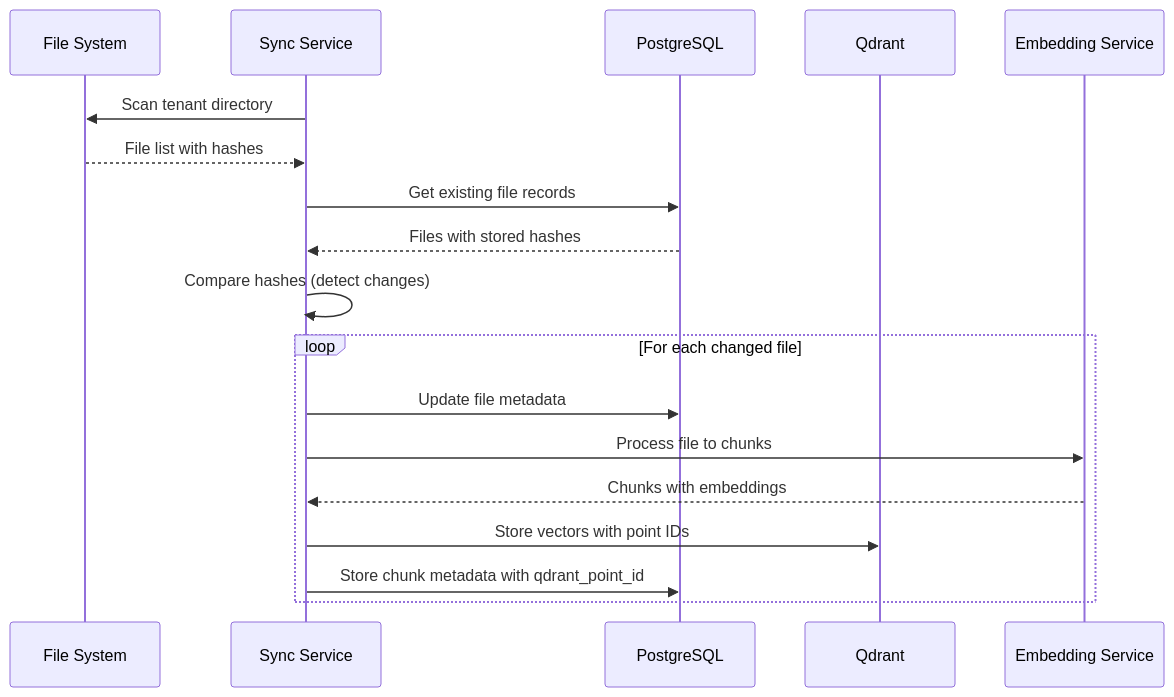
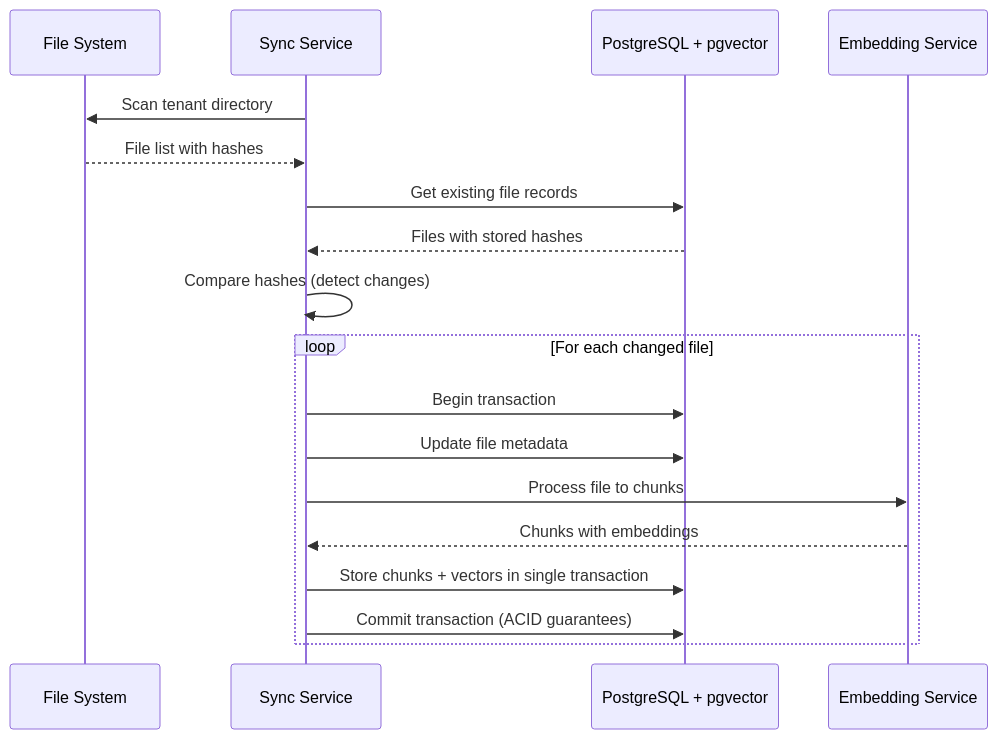
Before and after one commit to AITrekker/RAG: the third of 5 diagrams in docs/Architecture.md, drawn with Mermaid. The commit also changed other lines of this file and 41 other files, not shown here.

Commit message:
qdrant -> pgvector

````diff
--- a/docs/Architecture.md
+++ b/docs/Architecture.md
@@ -315,24 +311,24 @@
 ```mermaid
 sequenceDiagram
     participant FS as File System
     participant SYNC as Sync Service
-    participant PG as PostgreSQL
-    participant QD as Qdrant
+    participant PG as PostgreSQL + pgvector
     participant EMB as Embedding Service
     
     SYNC->>FS: Scan tenant directory
     FS-->>SYNC: File list with hashes
     
     SYNC->>PG: Get existing file records
     PG-->>SYNC: Files with stored hashes
     
     SYNC->>SYNC: Compare hashes (detect changes)
     
     loop For each changed file
+        SYNC->>PG: Begin transaction
         SYNC->>PG: Update file metadata
         SYNC->>EMB: Process file to chunks
         EMB-->>SYNC: Chunks with embeddings
-        SYNC->>QD: Store vectors with point IDs
-        SYNC->>PG: Store chunk metadata with qdrant_point_id
+        SYNC->>PG: Store chunks + vectors in single transaction
+        SYNC->>PG: Commit transaction (ACID guarantees)
     end
 ```
````
